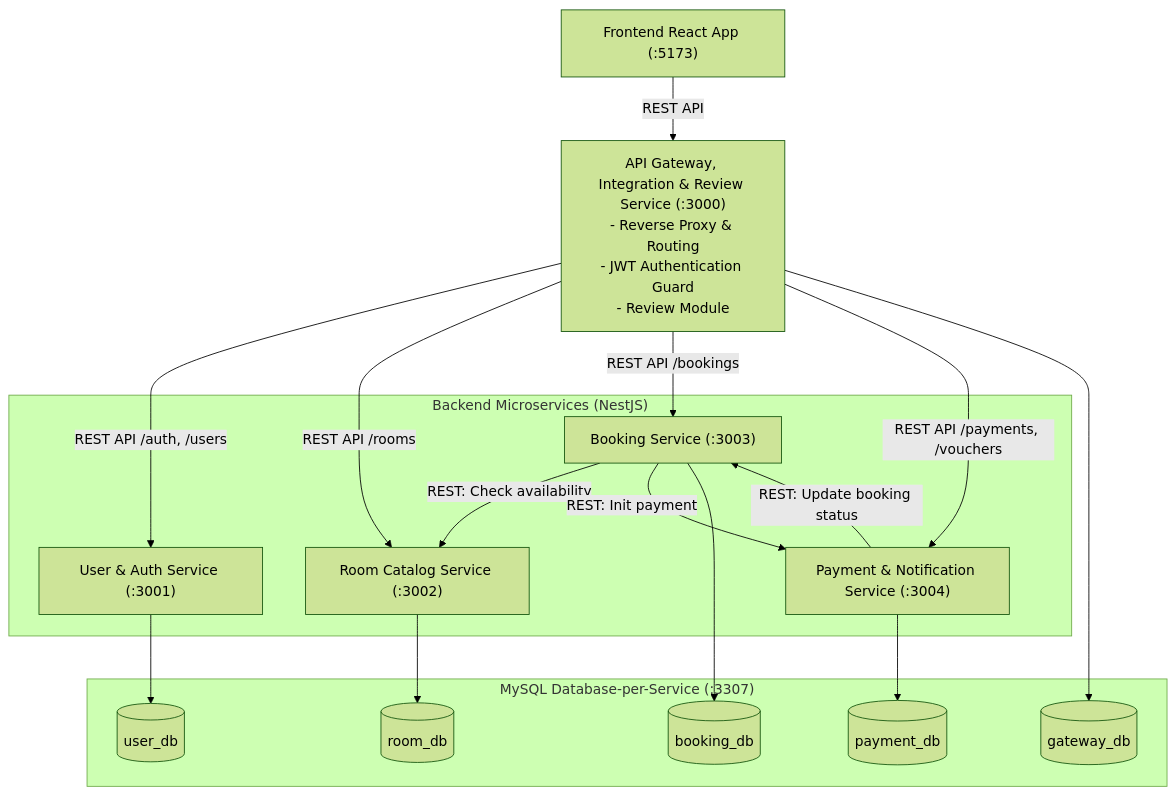
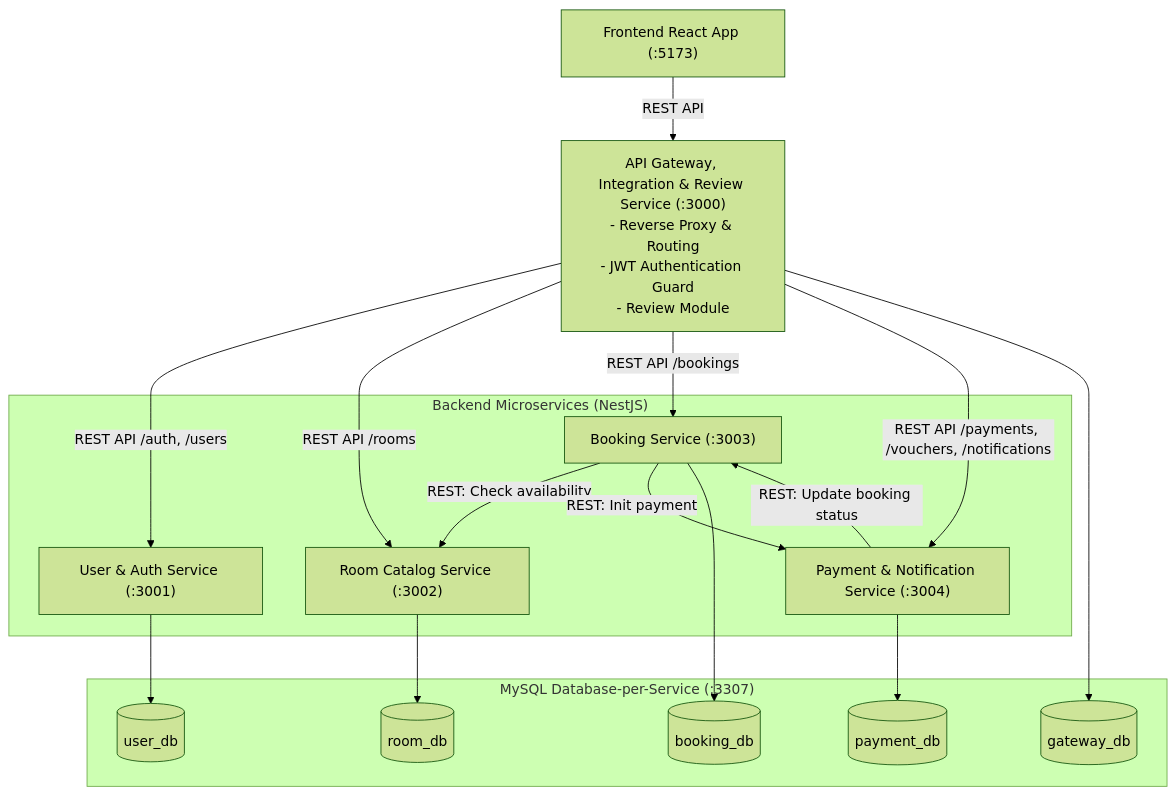
One commit to k5phong0311-sketch/booking_hotel-microservices changed the diagram in README.md. Above: the diagram before and after it, drawn with Mermaid (forest theme). The commit also changed other lines of this file, not shown here.

Commit message:
docs(readme): update full features list and complete API endpoints documentation

````diff
--- a/README.md
+++ b/README.md
@@ -86,37 +88,37 @@
 ```mermaid
 flowchart TD
     Client["Frontend React App (:5173)"]
     Gateway["API Gateway, Integration & Review Service (:3000)\n- Reverse Proxy & Routing\n- JWT Authentication Guard\n- Review Module"]
 
     subgraph Microservices ["Backend Microservices (NestJS)"]
         UserSvc["User & Auth Service (:3001)"]
         RoomSvc["Room Catalog Service (:3002)"]
         BookingSvc["Booking Service (:3003)"]
         PaymentSvc["Payment & Notification Service (:3004)"]
     end
 
     subgraph Databases ["MySQL Database-per-Service (:3307)"]
         DB_Gateway[("gateway_db")]
         DB_User[("user_db")]
         DB_Room[("room_db")]
         DB_Booking[("booking_db")]
         DB_Payment[("payment_db")]
     end
 
     Client -->|REST API| Gateway
 
     Gateway -->|REST API /auth, /users| UserSvc
     Gateway -->|REST API /rooms| RoomSvc
     Gateway -->|REST API /bookings| BookingSvc
-    Gateway -->|REST API /payments, /vouchers| PaymentSvc
+    Gateway -->|REST API /payments, /vouchers, /notifications| PaymentSvc
 
     BookingSvc -->|REST: Check availability| RoomSvc
     BookingSvc -->|REST: Init payment| PaymentSvc
     PaymentSvc -->|REST: Update booking status| BookingSvc
 
     Gateway --> DB_Gateway
     UserSvc --> DB_User
     RoomSvc --> DB_Room
     BookingSvc --> DB_Booking
     PaymentSvc --> DB_Payment
 ```
````
